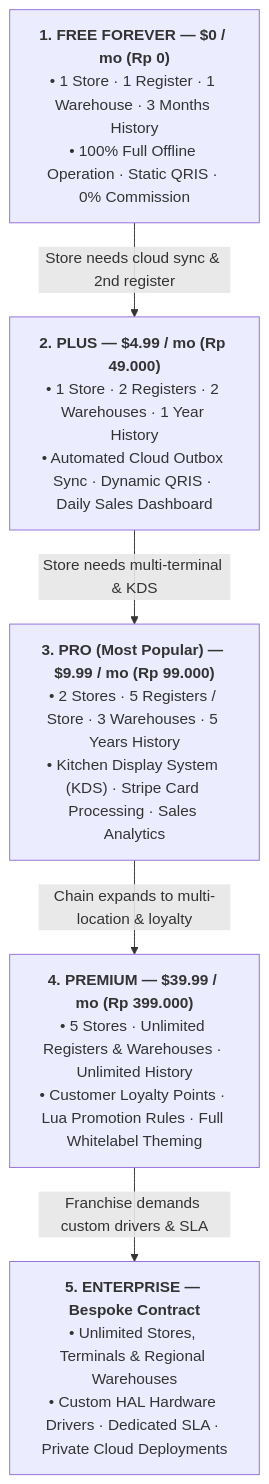
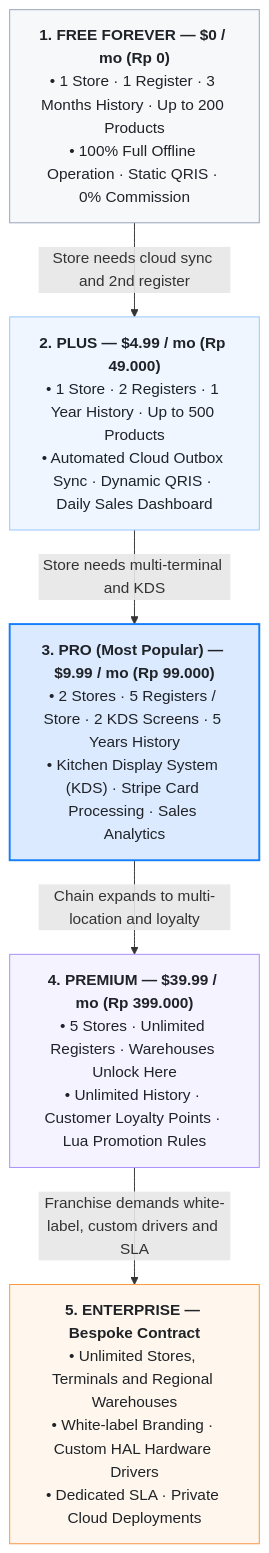
Before and after one commit to kardelitaitu/kasirmu: the second of 2 diagrams in README.md, drawn with Mermaid. The commit also changed other lines of this file, not shown here.

Commit message:
docs(readme): repair tier content and mermaid styling

````diff
--- a/README.md
+++ b/README.md
@@ -264,17 +264,23 @@
 ```mermaid
 flowchart TD
-    F["<b>1. FREE FOREVER — $0 / mo (Rp 0)</b><br/>• 1 Store · 1 Register · 1 Warehouse · 3 Months History<br/>• 100% Full Offline Operation · Static QRIS · 0% Commission"]
+    F["<b>1. FREE FOREVER — $0 / mo (Rp 0)</b><br/>• 1 Store · 1 Register · 3 Months History · Up to 200 Products<br/>• 100% Full Offline Operation · Static QRIS · 0% Commission"]
     
-    PL["<b>2. PLUS — $4.99 / mo (Rp 49.000)</b><br/>• 1 Store · 2 Registers · 2 Warehouses · 1 Year History<br/>• Automated Cloud Outbox Sync · Dynamic QRIS · Daily Sales Dashboard"]
+    PL["<b>2. PLUS — $4.99 / mo (Rp 49.000)</b><br/>• 1 Store · 2 Registers · 1 Year History · Up to 500 Products<br/>• Automated Cloud Outbox Sync · Dynamic QRIS · Daily Sales Dashboard"]
     
-    PR["<b>3. PRO (Most Popular) — $9.99 / mo (Rp 99.000)</b><br/>• 2 Stores · 5 Registers / Store · 3 Warehouses · 5 Years History<br/>• Kitchen Display System (KDS) · Stripe Card Processing · Sales Analytics"]
+    PR["<b>3. PRO (Most Popular) — $9.99 / mo (Rp 99.000)</b><br/>• 2 Stores · 5 Registers / Store · 2 KDS Screens · 5 Years History<br/>• Kitchen Display System (KDS) · Stripe Card Processing · Sales Analytics"]
     
-    PM["<b>4. PREMIUM — $39.99 / mo (Rp 399.000)</b><br/>• 5 Stores · Unlimited Registers & Warehouses · Unlimited History<br/>• Customer Loyalty Points · Lua Promotion Rules · Full Whitelabel Theming"]
+    PM["<b>4. PREMIUM — $39.99 / mo (Rp 399.000)</b><br/>• 5 Stores · Unlimited Registers · Warehouses Unlock Here<br/>• Unlimited History · Customer Loyalty Points · Lua Promotion Rules"]
     
-    ET["<b>5. ENTERPRISE — Bespoke Contract</b><br/>• Unlimited Stores, Terminals & Regional Warehouses<br/>• Custom HAL Hardware Drivers · Dedicated SLA · Private Cloud Deployments"]
+    ET["<b>5. ENTERPRISE — Bespoke Contract</b><br/>• Unlimited Stores, Terminals and Regional Warehouses<br/>• White-label Branding · Custom HAL Hardware Drivers<br/>• Dedicated SLA · Private Cloud Deployments"]
 
-    F -->|Store needs cloud sync & 2nd register| PL
-    PL -->|Store needs multi-terminal & KDS| PR
-    PR -->|Chain expands to multi-location & loyalty| PM
-    PM -->|Franchise demands custom drivers & SLA| ET
+    F -->|Store needs cloud sync and 2nd register| PL
+    PL -->|Store needs multi-terminal and KDS| PR
+    PR -->|Chain expands to multi-location and loyalty| PM
+    PM -->|Franchise demands white-label, custom drivers and SLA| ET
+
+    style F fill:#f6f8fa,stroke:#94a3b8,color:#1f2328
+    style PL fill:#eff6ff,stroke:#93c5fd,color:#1f2328
+    style PR fill:#dbeafe,stroke:#147EFB,stroke-width:2px,color:#1f2328
+    style PM fill:#f5f3ff,stroke:#a78bfa,color:#1f2328
+    style ET fill:#fff7ed,stroke:#fb923c,color:#1f2328
 ```
````
